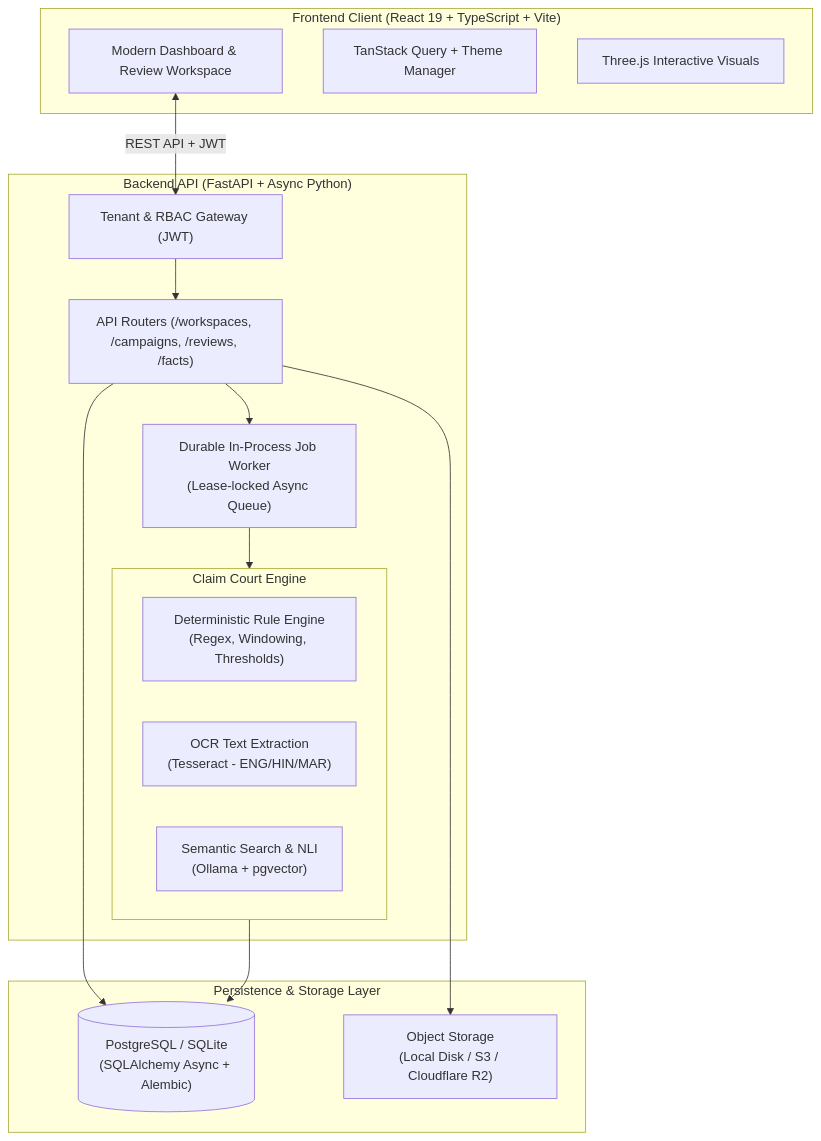
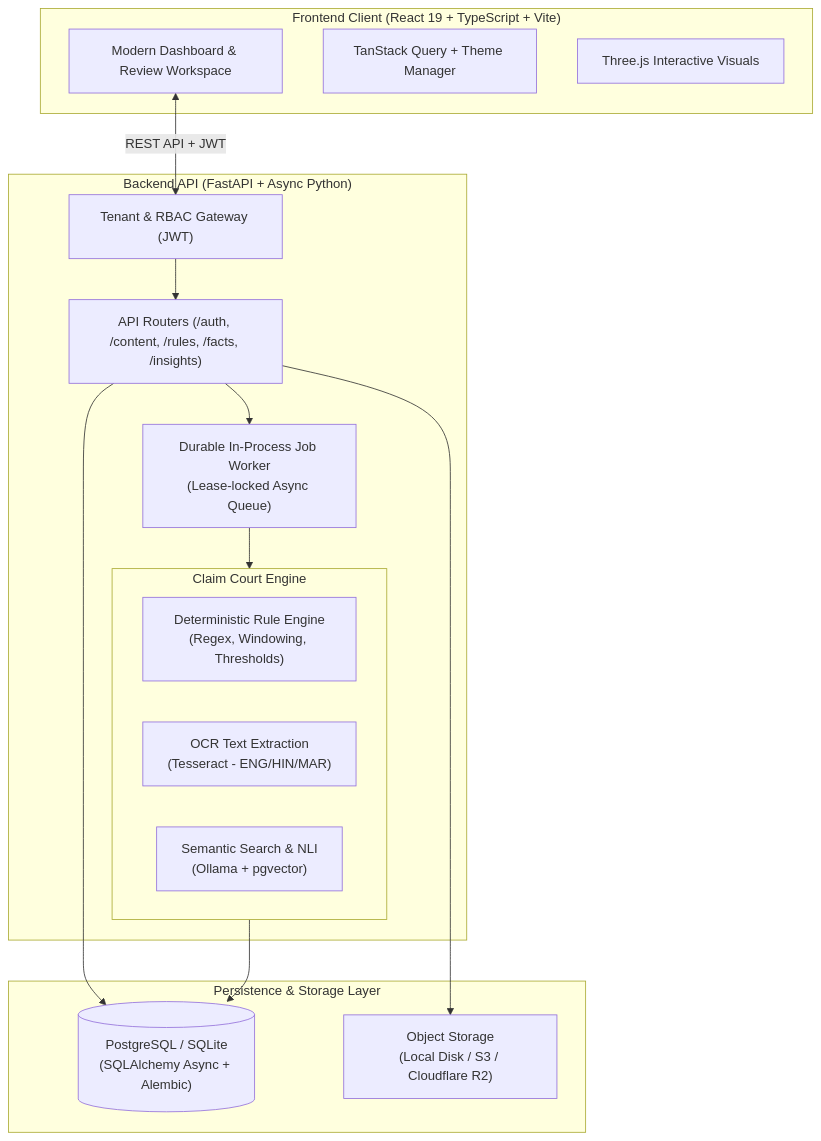
One commit to sadaf355/BrandCourt changed the diagram in README.md. Above: the diagram before and after it, drawn with Mermaid. The commit also changed other lines of this file and 48 other files, not shown here.

````diff
--- a/README.md
+++ b/README.md
@@ -35,34 +34,34 @@
 ```mermaid
 flowchart TD
     subgraph Client ["Frontend Client (React 19 + TypeScript + Vite)"]
         UI["Modern Dashboard & Review Workspace"]
         State["TanStack Query + Theme Manager"]
         ThreeCanvas["Three.js Interactive Visuals"]
     end
 
     subgraph API ["Backend API (FastAPI + Async Python)"]
         Auth["Tenant & RBAC Gateway (JWT)"]
-        Router["API Routers (/workspaces, /campaigns, /reviews, /facts)"]
+        Router["API Routers (/auth, /content, /rules, /facts, /insights)"]
         
         subgraph ClaimCourt ["Claim Court Engine"]
             RulesEngine["Deterministic Rule Engine\n(Regex, Windowing, Thresholds)"]
             OCREngine["OCR Text Extraction\n(Tesseract - ENG/HIN/MAR)"]
             NLIEngine["Semantic Search & NLI\n(Ollama + pgvector)"]
         end
         
         Worker["Durable In-Process Job Worker\n(Lease-locked Async Queue)"]
     end
 
     subgraph Storage ["Persistence & Storage Layer"]
         DB[("PostgreSQL / SQLite\n(SQLAlchemy Async + Alembic)")]
         BlobStore["Object Storage\n(Local Disk / S3 / Cloudflare R2)"]
     end
 
     UI <-->|REST API + JWT| Auth
     Auth --> Router
     Router --> Worker
     Worker --> ClaimCourt
     ClaimCourt --> DB
     Router --> BlobStore
     Router --> DB
 ```
````
